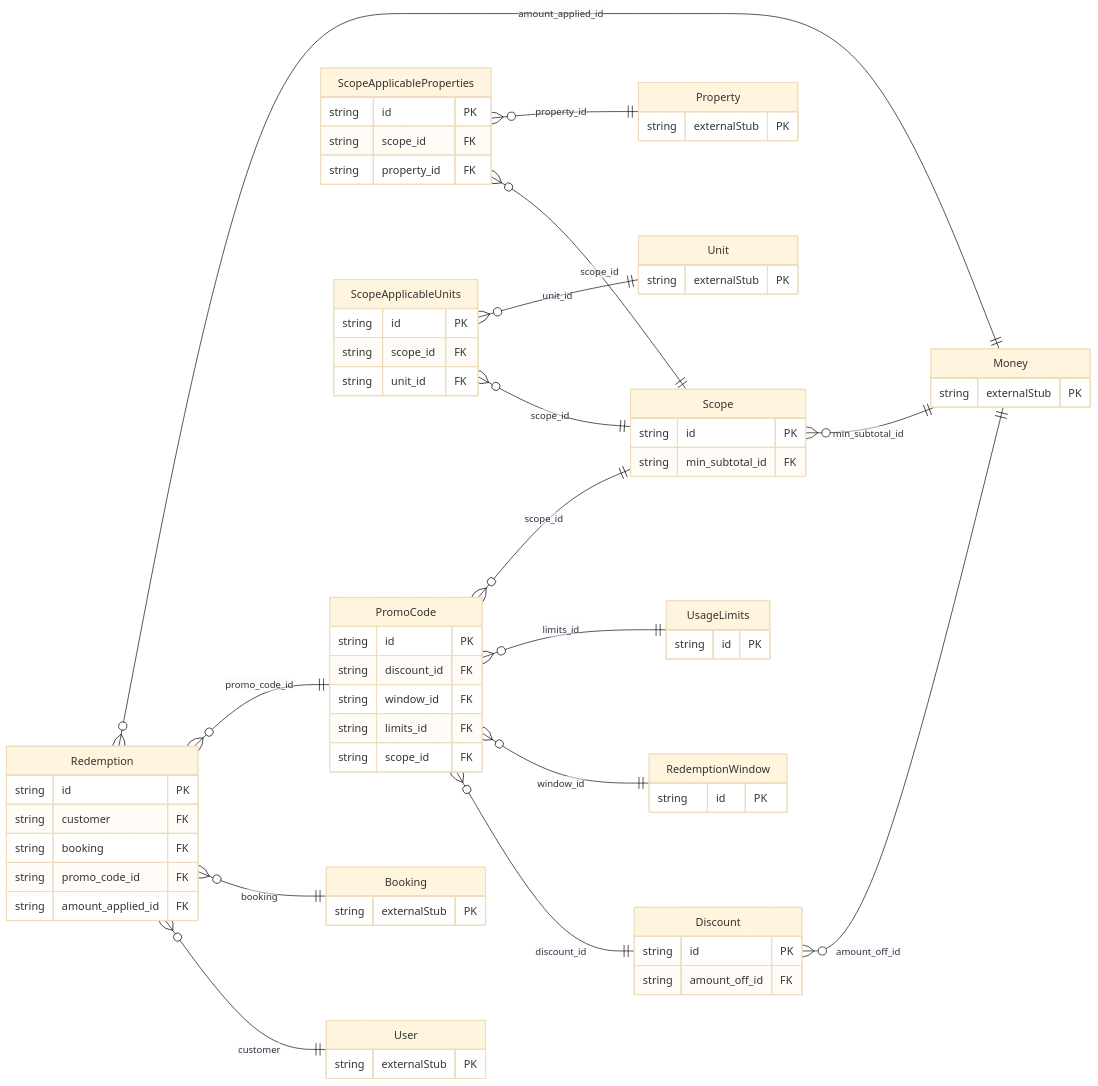
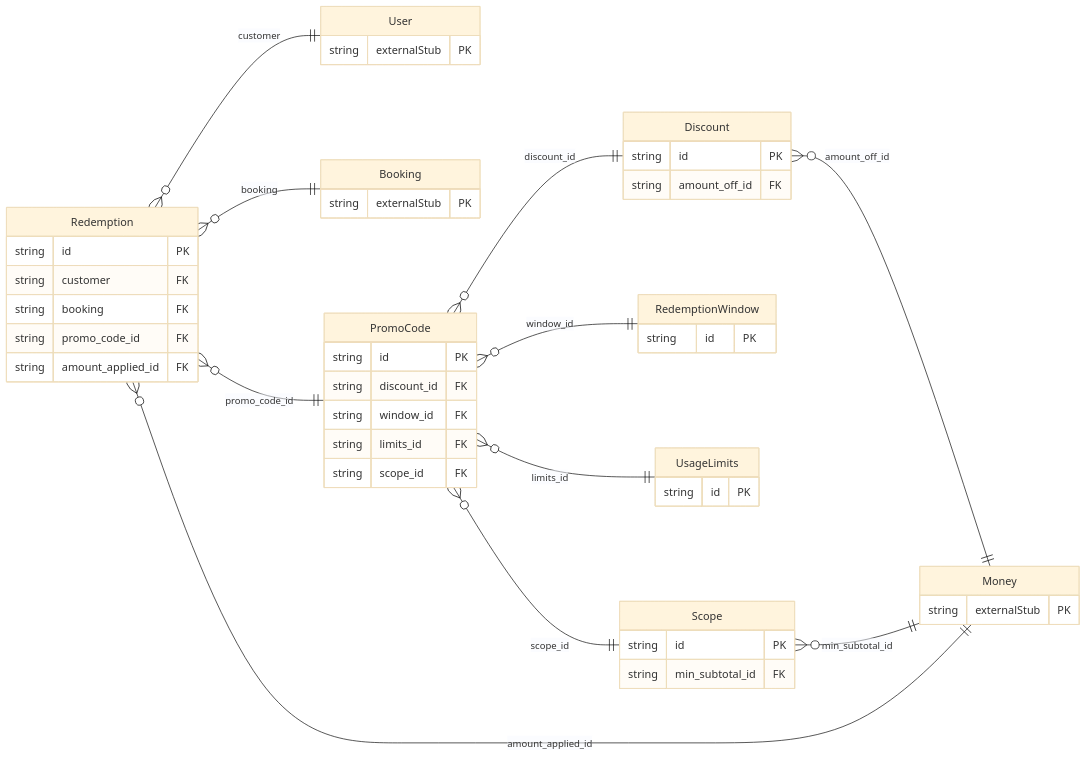
Before and after one commit to build-a-company/freebusy: the diagram in protobuf/generated/prisma/freebusy/promocode/README.md, drawn with Mermaid (base theme). The commit also changed other lines of this file and 141 other files, not shown here.

Commit message:
Remove deprecated property and unit management code, including related telemetry and protobuf definitions, to streamline the service architecture.

````diff
--- a/protobuf/generated/prisma/freebusy/promocode/README.md
+++ b/protobuf/generated/prisma/freebusy/promocode/README.md
@@ -13,71 +13,51 @@
 ```mermaid
 erDiagram
     direction LR
     Discount {
         string id PK
         string amount_off_id FK
     }
     PromoCode {
         string id PK
         string discount_id FK
         string window_id FK
         string limits_id FK
         string scope_id FK
     }
     Redemption {
         string id PK
         string customer FK
         string booking FK
         string promo_code_id FK
         string amount_applied_id FK
     }
     RedemptionWindow {
         string id PK
     }
     Scope {
         string id PK
         string min_subtotal_id FK
     }
-    ScopeApplicableProperties {
-        string id PK
-        string scope_id FK
-        string property_id FK
-    }
-    ScopeApplicableUnits {
-        string id PK
-        string scope_id FK
-        string unit_id FK
-    }
     UsageLimits {
         string id PK
     }
     Booking {
         string externalStub PK
     }
     Money {
-        string externalStub PK
-    }
-    Property {
-        string externalStub PK
-    }
-    Unit {
         string externalStub PK
     }
     User {
         string externalStub PK
     }
     Discount }o--|| Money : "amount_off_id"
     PromoCode }o--|| Discount : "discount_id"
     PromoCode }o--|| RedemptionWindow : "window_id"
     PromoCode }o--|| UsageLimits : "limits_id"
     PromoCode }o--|| Scope : "scope_id"
     Redemption }o--|| User : "customer"
     Redemption }o--|| Booking : "booking"
     Redemption }o--|| PromoCode : "promo_code_id"
     Redemption }o--|| Money : "amount_applied_id"
     Scope }o--|| Money : "min_subtotal_id"
-    ScopeApplicableProperties }o--|| Scope : "scope_id"
-    ScopeApplicableProperties }o--|| Property : "property_id"
-    ScopeApplicableUnits }o--|| Scope : "scope_id"
-    ScopeApplicableUnits }o--|| Unit : "unit_id"
 ```
````
